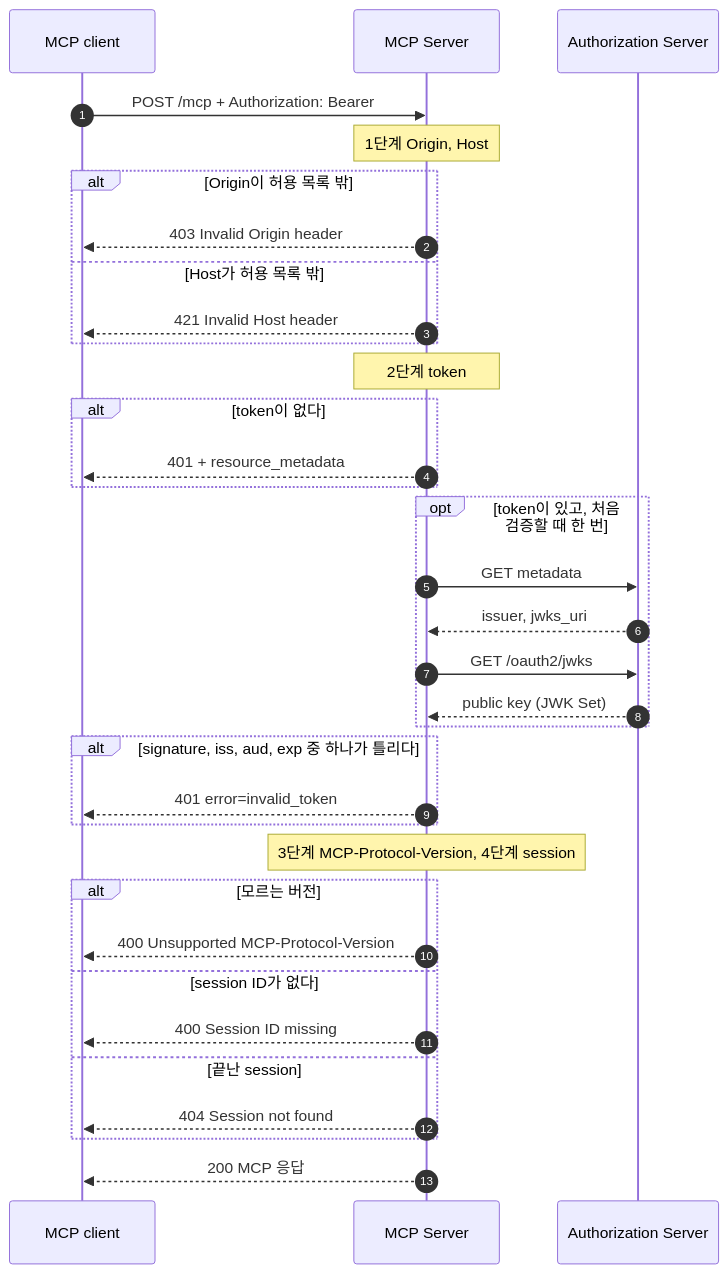
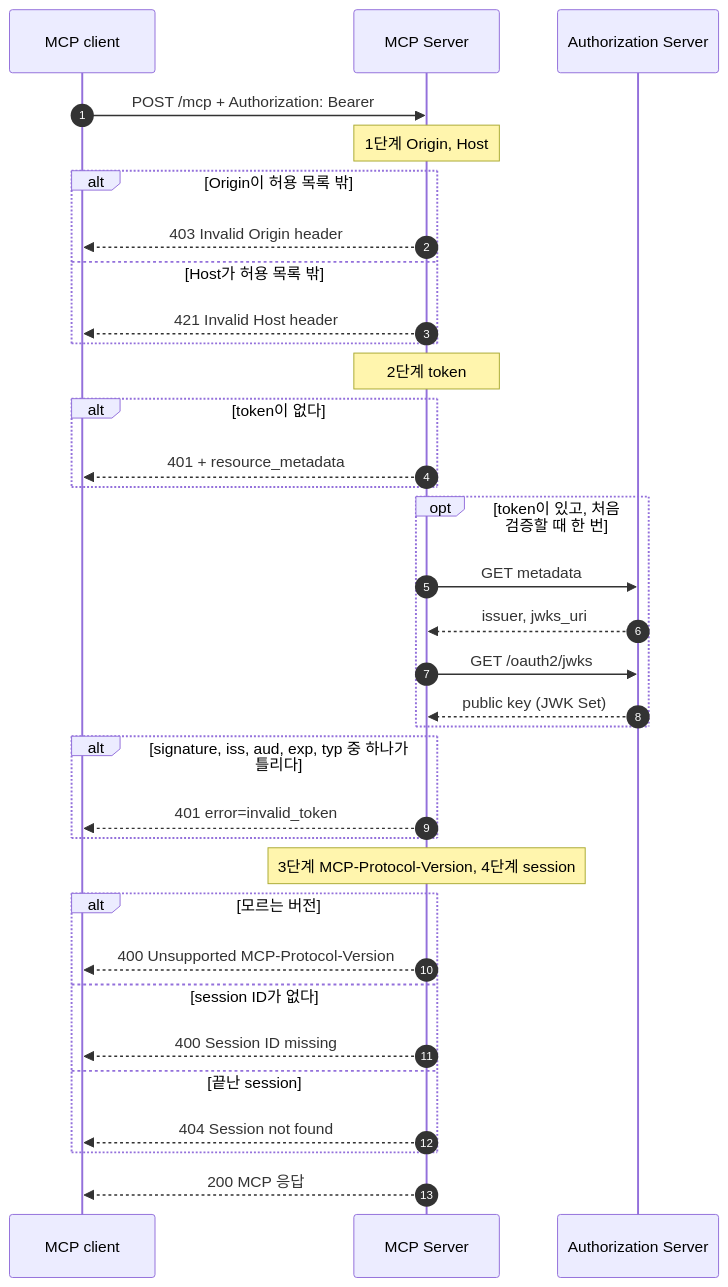
Before and after one commit to starryeye/spring-ai: the first of 3 diagrams in practice/mcp-guide/06-mcp-call-and-validation.md, drawn with Mermaid. The commit also changed other lines of this file and 6 other files, not shown here.

````diff
--- a/practice/mcp-guide/06-mcp-call-and-validation.md
+++ b/practice/mcp-guide/06-mcp-call-and-validation.md
@@ -55,36 +55,36 @@
 ```mermaid
 sequenceDiagram
     autonumber
     participant C as MCP client
     participant M as MCP Server
     participant A as Authorization Server
     C->>M: POST /mcp + Authorization: Bearer
     Note over M: 1단계 Origin, Host
     alt Origin이 허용 목록 밖
         M-->>C: 403 Invalid Origin header
     else Host가 허용 목록 밖
         M-->>C: 421 Invalid Host header
     end
     Note over M: 2단계 token
     alt token이 없다
         M-->>C: 401 + resource_metadata
     end
     opt token이 있고, 처음 검증할 때 한 번
         M->>A: GET metadata
         A-->>M: issuer, jwks_uri
         M->>A: GET /oauth2/jwks
         A-->>M: public key (JWK Set)
     end
-    alt signature, iss, aud, exp 중 하나가 틀리다
+    alt signature, iss, aud, exp, typ 중 하나가 틀리다
         M-->>C: 401 error=invalid_token
     end
     Note over M: 3단계 MCP-Protocol-Version, 4단계 session
     alt 모르는 버전
         M-->>C: 400 Unsupported MCP-Protocol-Version
     else session ID가 없다
         M-->>C: 400 Session ID missing
     else 끝난 session
         M-->>C: 404 Session not found
     end
     M-->>C: 200 MCP 응답
 ```
````
